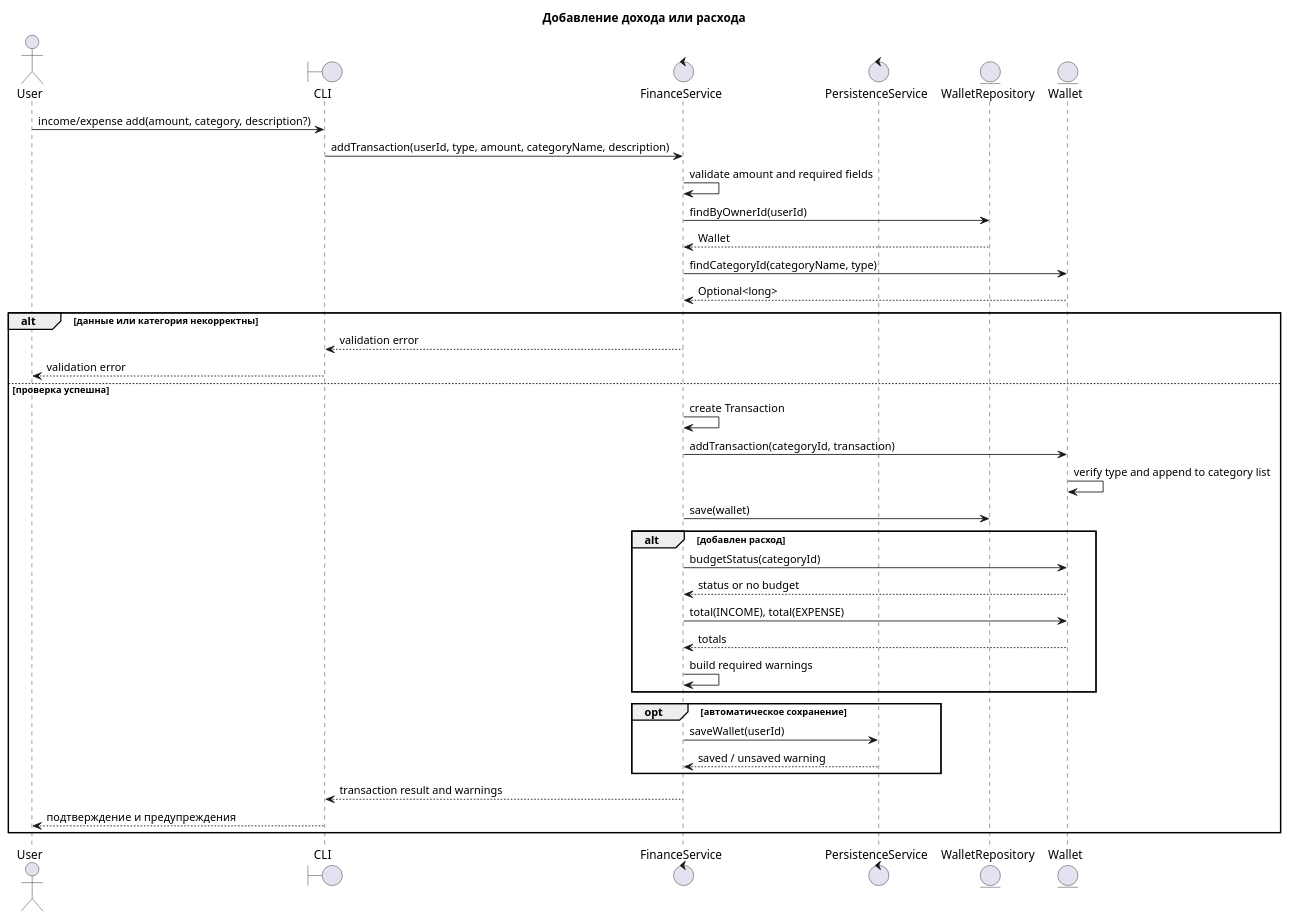
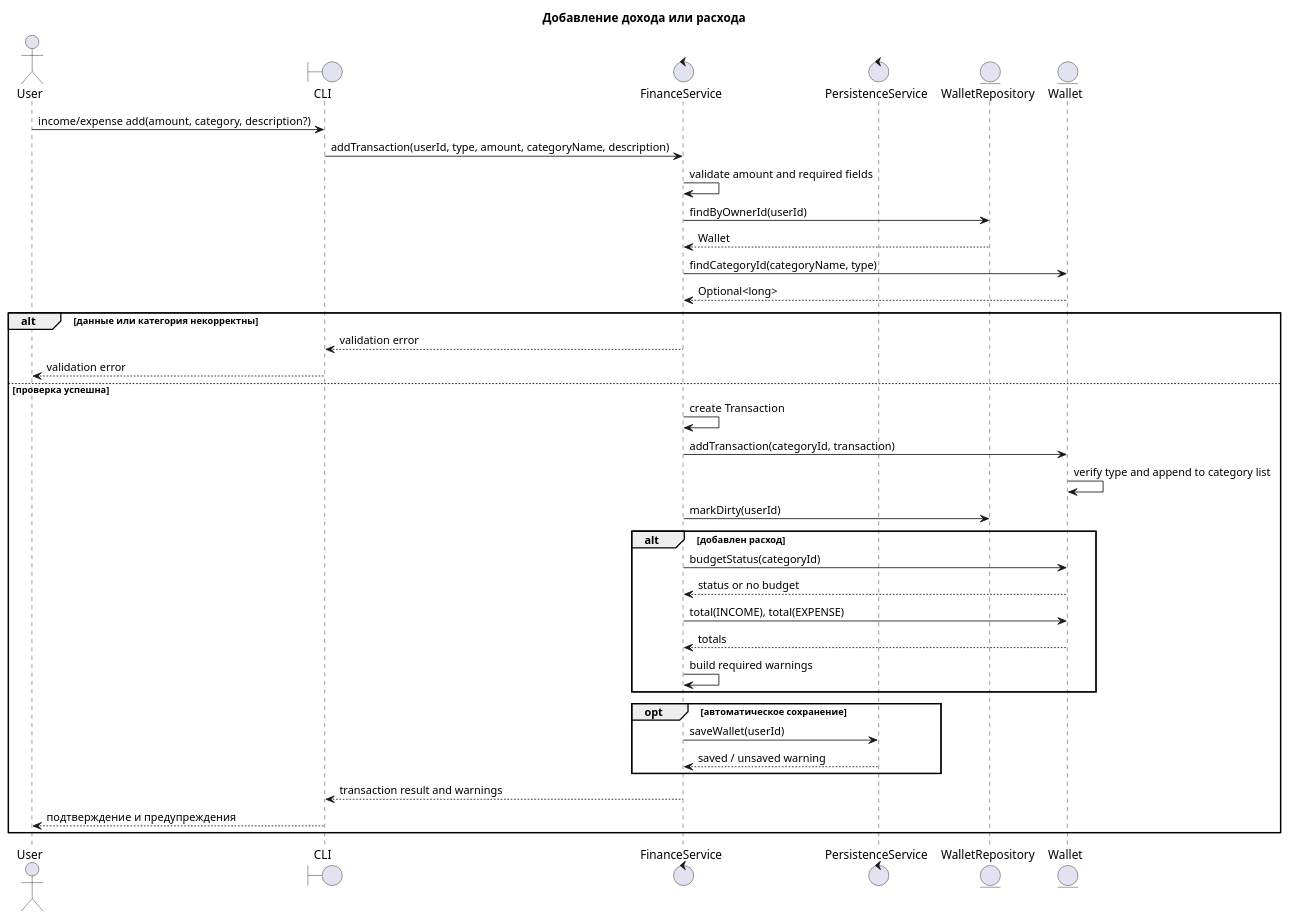
The diagram in docs/uml/transaction-sequence.puml (kargamant/bank_service), drawn with PlantUML before and after one commit. The commit also changed 4 other files, not shown here.

```diff
--- a/docs/uml/transaction-sequence.puml
+++ b/docs/uml/transaction-sequence.puml
@@ -1,45 +1,45 @@
 @startuml
 title Добавление дохода или расхода
 
 actor User
 boundary CLI
 control FinanceService
 control PersistenceService
 entity WalletRepository
 entity Wallet
 
 User -> CLI: income/expense add(amount, category, description?)
 CLI -> FinanceService: addTransaction(userId, type, amount, categoryName, description)
 FinanceService -> FinanceService: validate amount and required fields
 FinanceService -> WalletRepository: findByOwnerId(userId)
 WalletRepository --> FinanceService: Wallet
 FinanceService -> Wallet: findCategoryId(categoryName, type)
 Wallet --> FinanceService: Optional<long>
 
 alt данные или категория некорректны
   FinanceService --> CLI: validation error
   CLI --> User: validation error
 else проверка успешна
   FinanceService -> FinanceService: create Transaction
   FinanceService -> Wallet: addTransaction(categoryId, transaction)
   Wallet -> Wallet: verify type and append to category list
-  FinanceService -> WalletRepository: save(wallet)
+  FinanceService -> WalletRepository: markDirty(userId)
 
   alt добавлен расход
     FinanceService -> Wallet: budgetStatus(categoryId)
     Wallet --> FinanceService: status or no budget
     FinanceService -> Wallet: total(INCOME), total(EXPENSE)
     Wallet --> FinanceService: totals
     FinanceService -> FinanceService: build required warnings
   end
 
   opt автоматическое сохранение
     FinanceService -> PersistenceService: saveWallet(userId)
     PersistenceService --> FinanceService: saved / unsaved warning
   end
 
   FinanceService --> CLI: transaction result and warnings
   CLI --> User: подтверждение и предупреждения
 end
 
 @enduml
```
